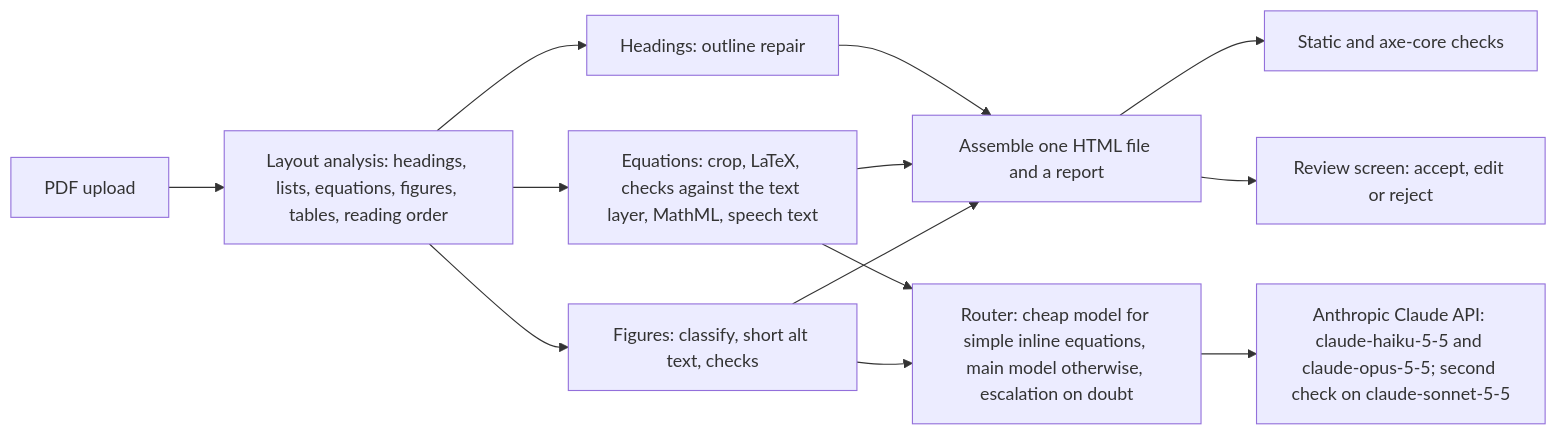
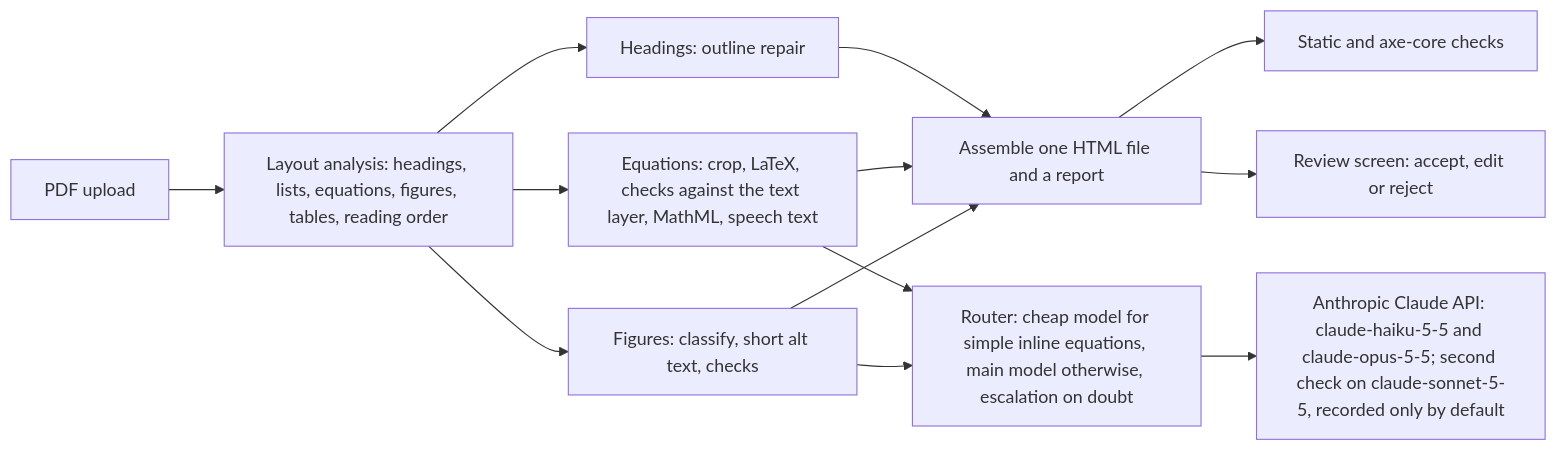
The diagram in README.md (harishm17/readablestem), drawn with Mermaid before and after one commit. The commit also changed other lines of this file, not shown here.

````diff
--- a/README.md
+++ b/README.md
@@ -297,12 +301,12 @@
 ```mermaid
 flowchart LR
   PDF[PDF upload] --> L[Layout analysis: headings, lists, equations, figures, tables, reading order]
   L --> H[Headings: outline repair]
   L --> E[Equations: crop, LaTeX, checks against the text layer, MathML, speech text]
   L --> F[Figures: classify, short alt text, checks]
   E & F --> R[Router: cheap model for simple inline equations, main model otherwise, escalation on doubt]
-  R --> M[Anthropic Claude API: claude-haiku-5-5 and claude-opus-5-5; second check on claude-sonnet-5-5]
+  R --> M[Anthropic Claude API: claude-haiku-5-5 and claude-opus-5-5; second check on claude-sonnet-5-5, recorded only by default]
   H & E & F --> A[Assemble one HTML file and a report]
   A --> C[Static and axe-core checks]
   A --> V[Review screen: accept, edit or reject]
 ```
````
